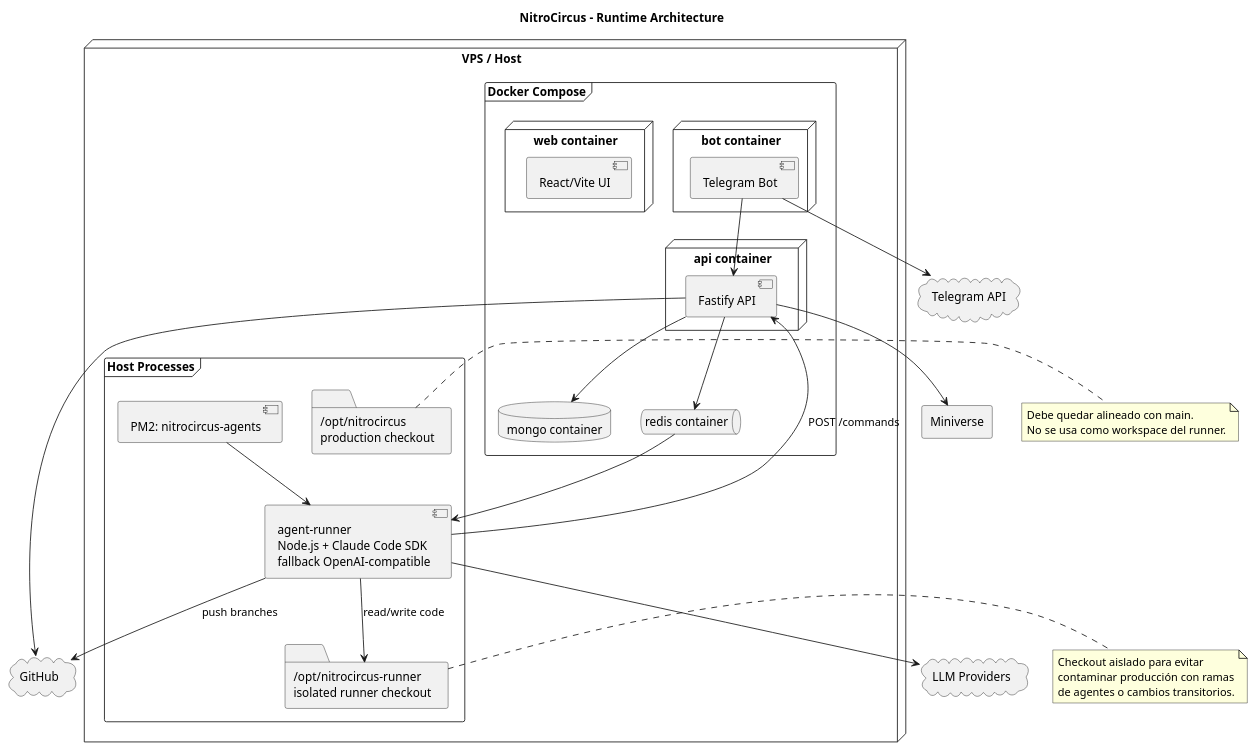
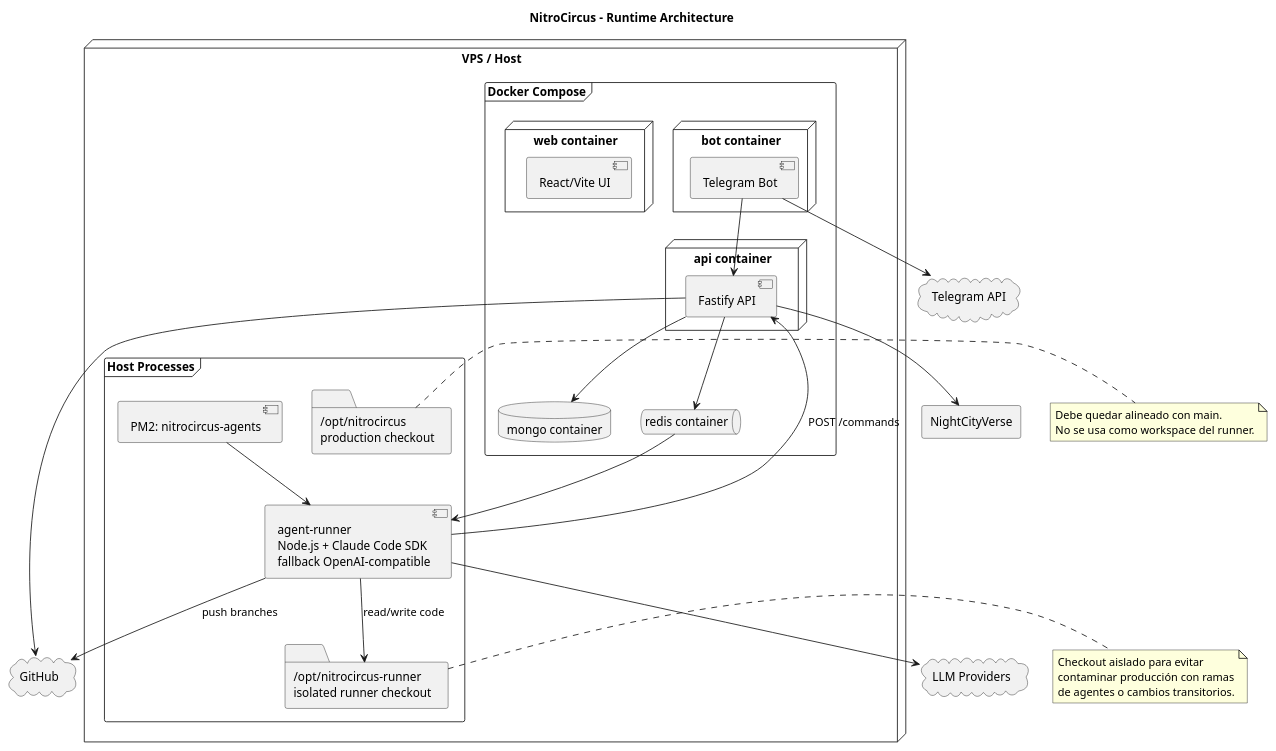
Before and after one commit to eruizpy/nitrocircus: the diagram in docs/plantuml/01_runtime_architecture.puml, drawn with PlantUML. The commit also changed other lines of this file and 30 other files, not shown here.

```diff
--- a/docs/plantuml/01_runtime_architecture.puml
+++ b/docs/plantuml/01_runtime_architecture.puml
@@ -1,60 +1,60 @@
 @startuml
 title NitroCircus - Runtime Architecture
 
 skinparam backgroundColor white
 skinparam packageStyle rectangle
 skinparam shadowing false
 
 node "VPS / Host" {
   frame "Docker Compose" {
     node "api container" as API {
       component "Fastify API" as API_APP
     }
     node "bot container" as BOT {
       component "Telegram Bot" as BOT_APP
     }
     node "web container" as WEB {
       component "React/Vite UI" as WEB_APP
     }
     database "mongo container" as MONGO
     queue "redis container" as REDIS
   }
 
   frame "Host Processes" {
     component "PM2: nitrocircus-agents" as PM2RUN
     component "agent-runner\nNode.js + Claude Code SDK\nfallback OpenAI-compatible" as RUNNER
     folder "/opt/nitrocircus\nproduction checkout" as PROD_REPO
     folder "/opt/nitrocircus-runner\nisolated runner checkout" as RUNNER_REPO
   }
 }
 
 cloud "GitHub" as GH
 cloud "Telegram API" as TELEGRAM
 cloud "LLM Providers" as LLM
-rectangle "Miniverse" as MINIVERSE
+rectangle "NightCityVerse" as MINIVERSE
 
 BOT_APP --> TELEGRAM
 BOT_APP --> API_APP
 API_APP --> MONGO
 API_APP --> REDIS
 API_APP --> GH
 API_APP --> MINIVERSE
 REDIS --> RUNNER
 PM2RUN --> RUNNER
 RUNNER --> RUNNER_REPO : read/write code
 RUNNER --> API_APP : POST /commands
 RUNNER --> GH : push branches
 RUNNER --> LLM
 
 note right of RUNNER_REPO
 Checkout aislado para evitar
 contaminar producción con ramas
 de agentes o cambios transitorios.
 end note
 
 note right of PROD_REPO
 Debe quedar alineado con main.
 No se usa como workspace del runner.
 end note
 
 @enduml
```
